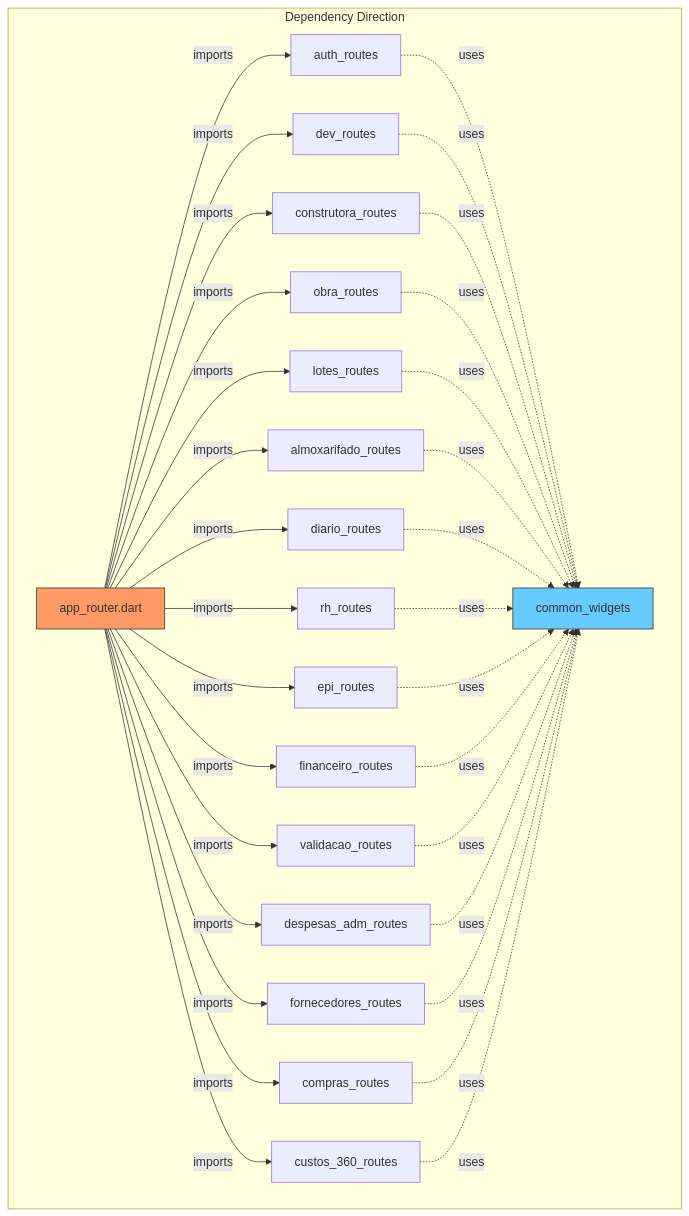
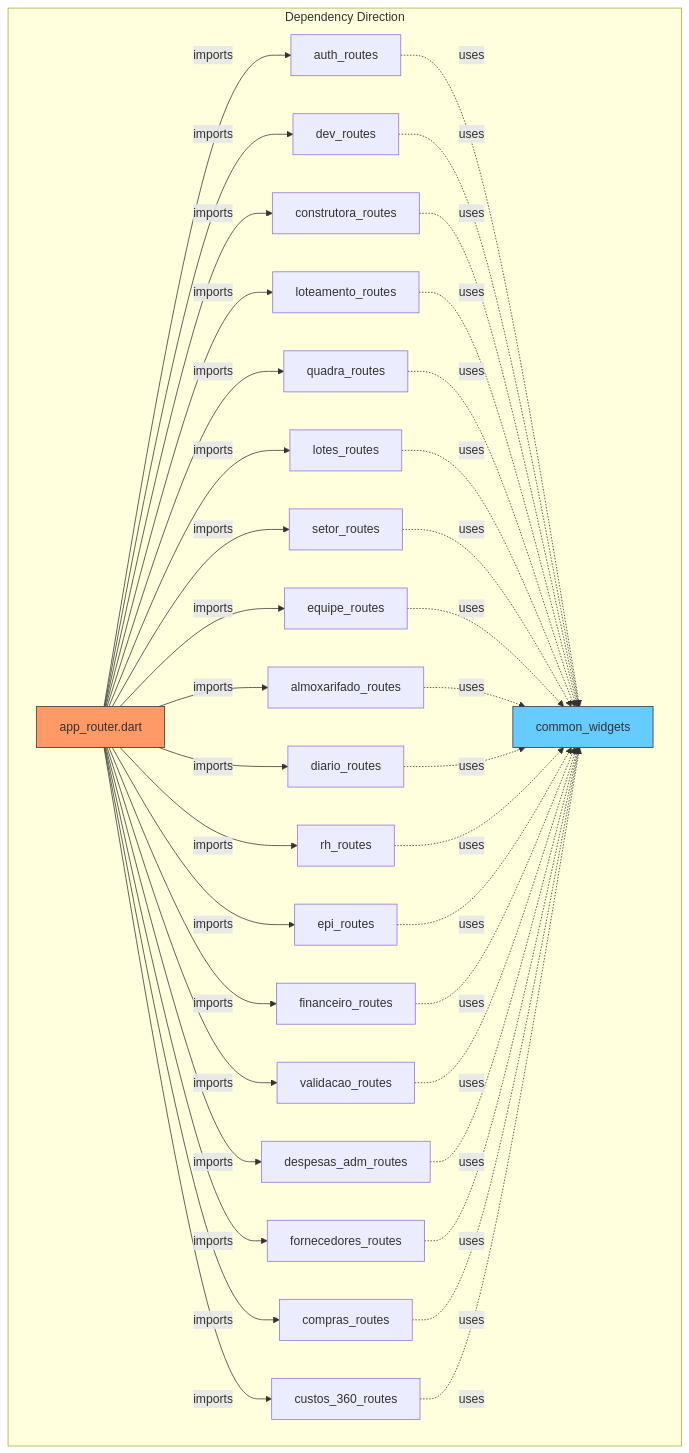
Before and after one commit to handerson-lima/sigo: the second of 2 diagrams in _bmad-output/planning-artifacts/architecture/architecture-modular-routing-2026-09-23/ARCHITECTURE-SPINE.md, drawn with Mermaid. The commit also changed other lines of this file and 1 other file, not shown here.

````diff
--- a/_bmad-output/planning-artifacts/architecture/architecture-modular-routing-2026-09-23/ARCHITECTURE-SPINE.md
+++ b/_bmad-output/planning-artifacts/architecture/architecture-modular-routing-2026-09-23/ARCHITECTURE-SPINE.md
@@ -128,40 +134,46 @@
 ```mermaid
 flowchart TD
   subgraph "Dependency Direction"
     APP["app_router.dart"]
     APP -->|imports| AUTH[auth_routes]
     APP -->|imports| DEV[dev_routes]
     APP -->|imports| CONST[construtora_routes]
-    APP -->|imports| OBRA[obra_routes]
+    APP -->|imports| LOTEA[loteamento_routes]
+    APP -->|imports| QUAD[quadra_routes]
     APP -->|imports| LOTES[lotes_routes]
+    APP -->|imports| SETOR[setor_routes]
+    APP -->|imports| EQUI[equipe_routes]
     APP -->|imports| ALM[almoxarifado_routes]
     APP -->|imports| DIA[diario_routes]
     APP -->|imports| RH[rh_routes]
     APP -->|imports| EPI[epi_routes]
     APP -->|imports| FIN[financeiro_routes]
     APP -->|imports| VAL[validacao_routes]
     APP -->|imports| DESP[despesas_adm_routes]
     APP -->|imports| FORN[fornecedores_routes]
     APP -->|imports| COMP[compras_routes]
     APP -->|imports| C360[custos_360_routes]
 
     AUTH -.->|uses| CW[common_widgets]
     DEV -.->|uses| CW
     CONST -.->|uses| CW
-    OBRA -.->|uses| CW
+    LOTEA -.->|uses| CW
+    QUAD -.->|uses| CW
     LOTES -.->|uses| CW
+    SETOR -.->|uses| CW
+    EQUI -.->|uses| CW
     ALM -.->|uses| CW
     DIA -.->|uses| CW
     RH -.->|uses| CW
     EPI -.->|uses| CW
     FIN -.->|uses| CW
     VAL -.->|uses| CW
     DESP -.->|uses| CW
     FORN -.->|uses| CW
     COMP -.->|uses| CW
     C360 -.->|uses| CW
   end
 
   style APP fill:#f96,stroke:#333
   style CW fill:#6cf,stroke:#333
 ```
````
